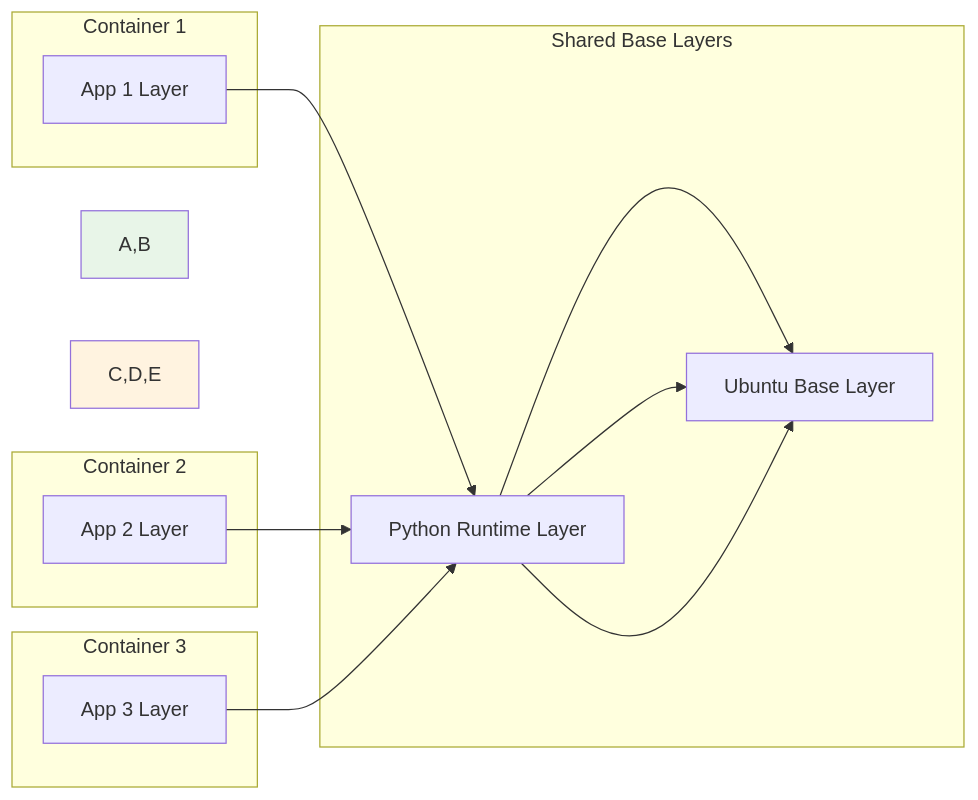
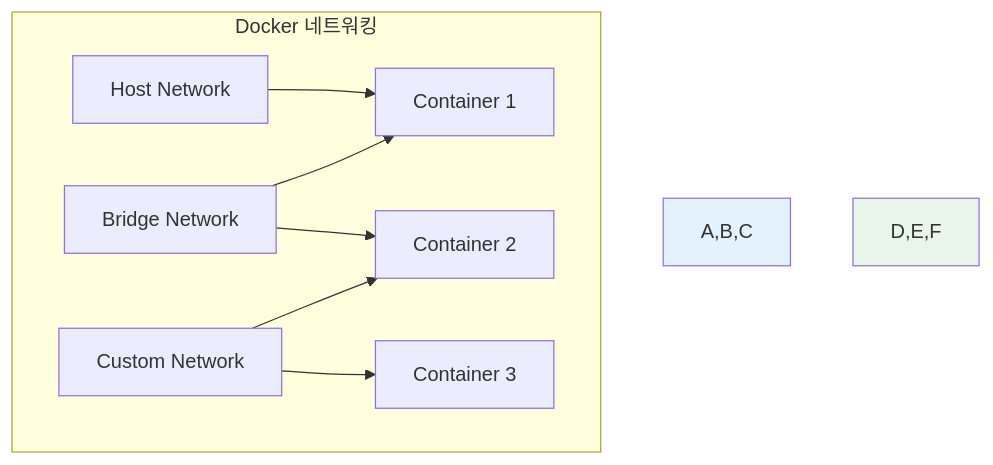
Before and after one commit to niceguy61/kdt_devops_lecture_2025: the third of 3 diagrams in theory/week_01/day2/session_2.md, drawn with Mermaid. The commit also changed other lines of this file and 26 other files, not shown here.

````diff
--- a/theory/week_01/day2/session_2.md
+++ b/theory/week_01/day2/session_2.md
@@ -176,28 +96,13 @@
 ```mermaid
-graph LR
-    subgraph "Shared Base Layers"
-        A[Ubuntu Base Layer]
-        B[Python Runtime Layer]
+graph TB
+    subgraph "Docker 네트워킹"
+        A[Host Network] --> D[Container 1]
+        B[Bridge Network] --> D
+        B --> E[Container 2]
+        C[Custom Network] --> E
+        C --> F[Container 3]
     end
     
-    subgraph "Container 1"
-        C[App 1 Layer]
-        C --> B
-        B --> A
-    end
-    
-    subgraph "Container 2"
-        D[App 2 Layer]
-        D --> B
-        B --> A
-    end
-    
-    subgraph "Container 3"
-        E[App 3 Layer]
-        E --> B
-        B --> A
-    end
-    
-    style A,B fill:#e8f5e8
-    style C,D,E fill:#fff3e0
+    style A,B,C fill:#e3f2fd
+    style D,E,F fill:#e8f5e8
 ```
````
